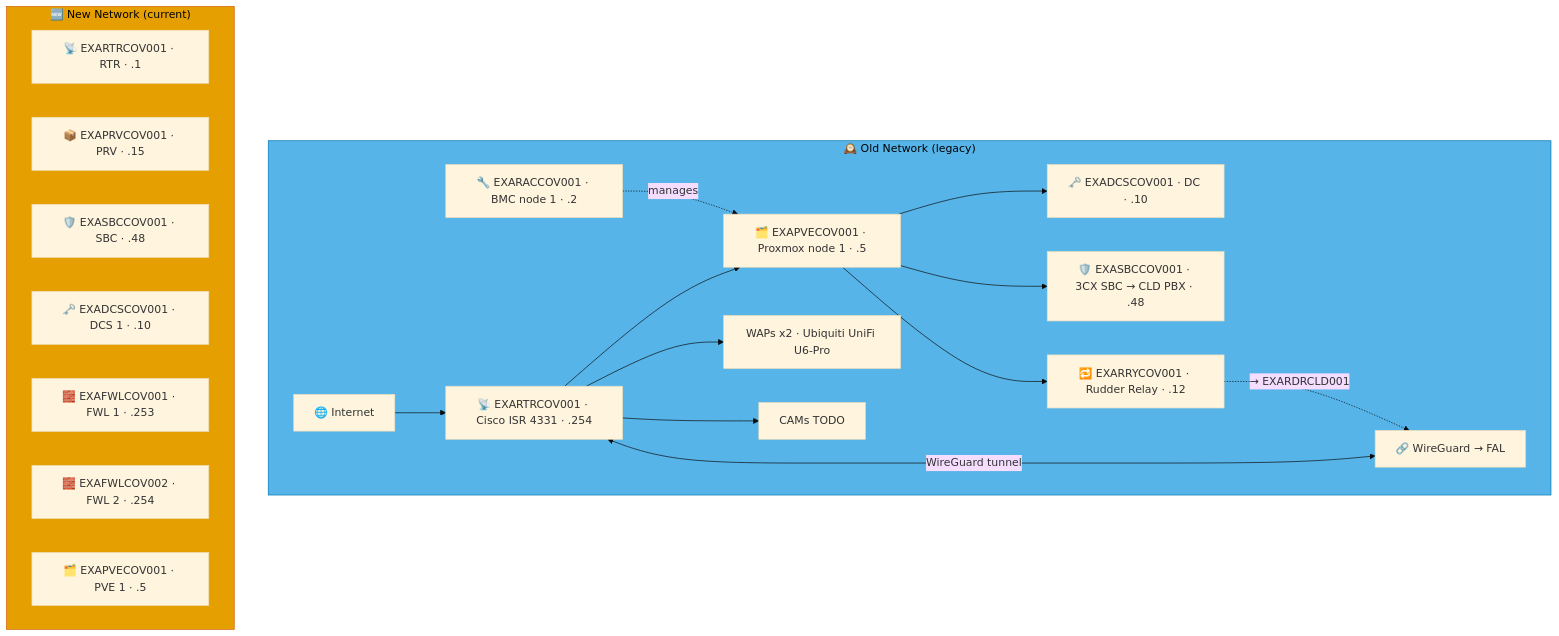
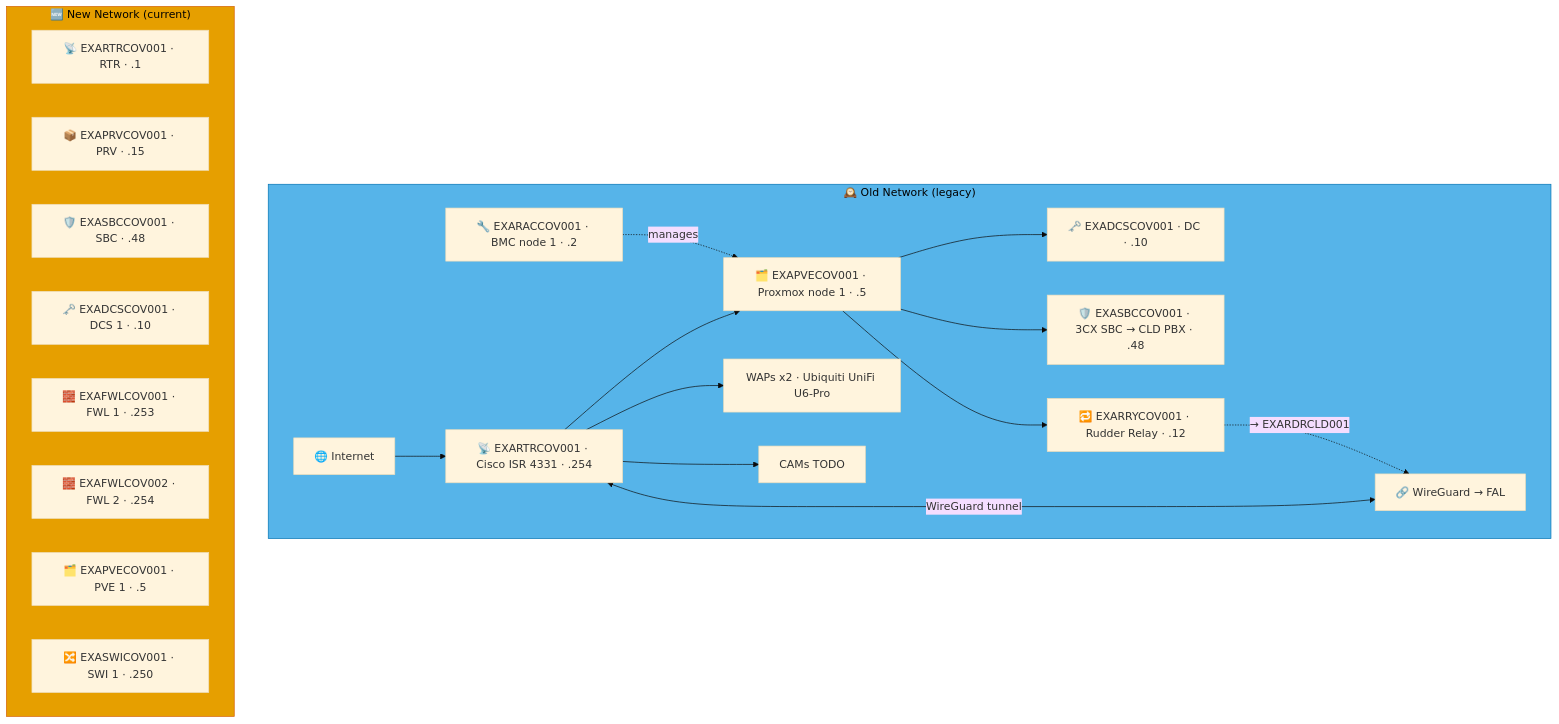
Before and after one commit to knightmare2600/example_music_infra: the ninth of 9 diagrams in docs/network-diagram/england.md, drawn with Mermaid (base theme). The commit also changed other lines of this file and 12 other files, not shown here.

````diff
--- a/docs/network-diagram/england.md
+++ b/docs/network-diagram/england.md
@@ -454,36 +457,37 @@
 ```mermaid
 graph TD
     subgraph OLD_COV ["🕰️ Old Network (legacy)"]
       INET["🌐 Internet"]
       RTR["📡 EXARTRCOV001 · Cisco ISR 4331 · .254"]
       RAC["🔧 EXARACCOV001 · BMC node 1 · .2"]
       PVE["🗂️ EXAPVECOV001 · Proxmox node 1 · .5"]
       DC["🗝️ EXADCSCOV001 · DC · .10"]
       SBC["🛡️ EXASBCCOV001 · 3CX SBC → CLD PBX · .48"]
       RRY["🔁 EXARRYCOV001 · Rudder Relay · .12"]
       WAP["WAPs x2 · Ubiquiti UniFi U6-Pro"]
       CAM["CAMs TODO"]
       VPN["🔗 WireGuard → FAL"]
 
       INET --> RTR --> PVE --> DC & SBC
       RAC -.->|"manages"| PVE
       RTR --> WAP & CAM
       RTR <-->|"WireGuard tunnel"| VPN
 
       PVE --> RRY
       RRY -. "→ EXARDRCLD001" .-> VPN
     end
     style OLD_COV fill:#56B4E9,stroke:#0072B2,color:#000000
     %% GENERATED:NEW-NETWORK:COV:START
     subgraph NEW_COV ["🆕 New Network (current)"]
       N_RTR["📡 EXARTRCOV001 · RTR · .1"]
       N_PRV["📦 EXAPRVCOV001 · PRV · .15"]
       N_SBC["🛡️ EXASBCCOV001 · SBC · .48"]
       N_DCS["🗝️ EXADCSCOV001 · DCS 1 · .10"]
       N_FWL["🧱 EXAFWLCOV001 · FWL 1 · .253"]
       N_FWL2["🧱 EXAFWLCOV002 · FWL 2 · .254"]
       N_PVE["🗂️ EXAPVECOV001 · PVE 1 · .5"]
+      N_SWI["🔀 EXASWICOV001 · SWI 1 · .250"]
     end
     style NEW_COV fill:#E69F00,stroke:#D55E00,color:#000000
     %% GENERATED:NEW-NETWORK:COV:END
 ```
````
